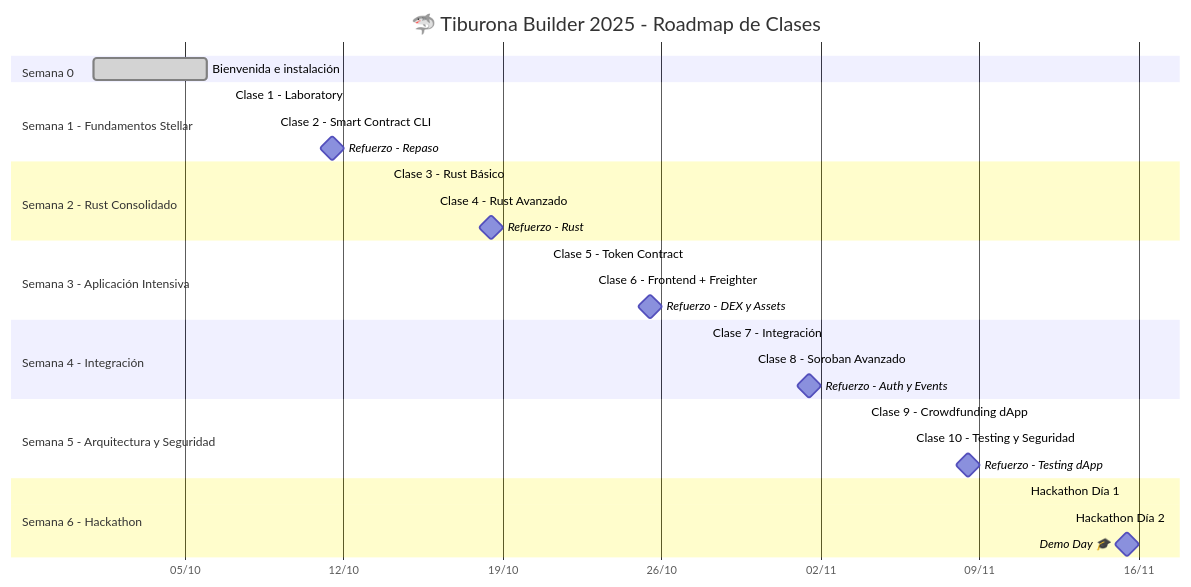
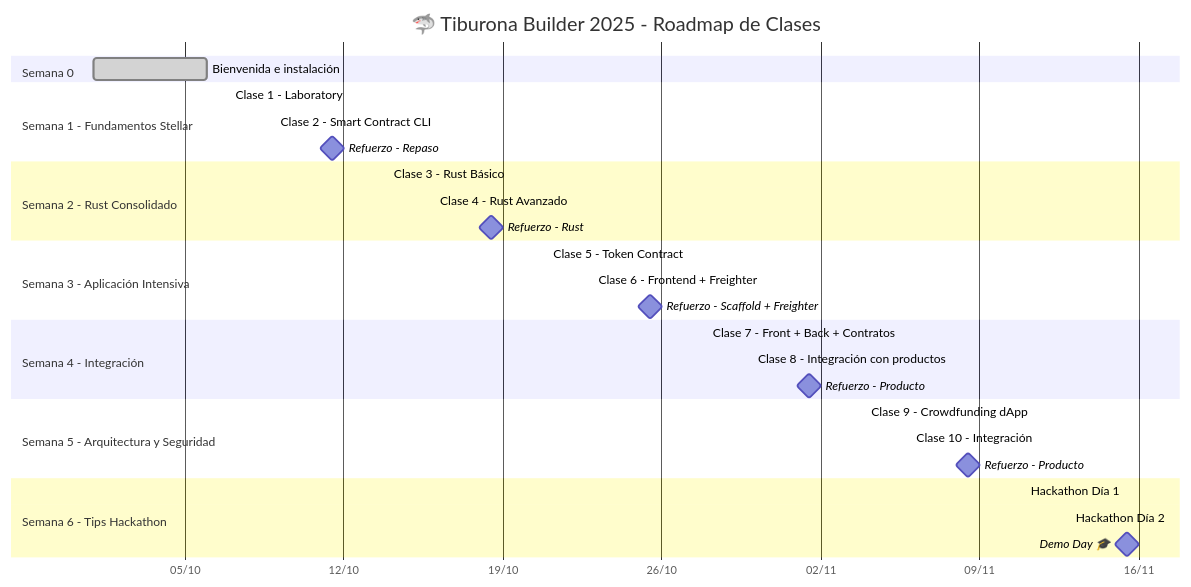
The diagram in README.md (BuenDia-Builders/codigofutura), drawn with Mermaid before and after one commit. The commit also changed other lines of this file, not shown here.

````diff
--- a/README.md
+++ b/README.md
@@ -50,39 +50,39 @@
 ```mermaid
 gantt
     dateFormat  DD-MM-YYYY
     title 🦈 Tiburona Builder 2025 - Roadmap de Clases
     axisFormat  %d/%m
 
     section Semana 0
     Bienvenida e instalación          :done, 01-10-2025, 06-10-2025
 
     section Semana 1 - Fundamentos Stellar
     Clase 1 - Laboratory              :active, 07-10-2025, 07-10-2025
     Clase 2 - Smart Contract CLI      :active, 09-10-2025, 09-10-2025
     Refuerzo - Repaso                 :milestone, 11-10-2025, 1d
 
     section Semana 2 - Rust Consolidado
     Clase 3 - Rust Básico             :14-10-2025, 14-10-2025
     Clase 4 - Rust Avanzado           :16-10-2025, 16-10-2025
     Refuerzo - Rust                   :milestone, 18-10-2025, 1d
 
     section Semana 3 - Aplicación Intensiva
     Clase 5 - Token Contract          :21-10-2025, 21-10-2025
     Clase 6 - Frontend + Freighter    :23-10-2025, 23-10-2025
-    Refuerzo - DEX y Assets           :milestone, 25-10-2025, 1d
+    Refuerzo - Scaffold + Freighter   :milestone, 25-10-2025, 1d
 
     section Semana 4 - Integración
-    Clase 7 - Integración             :28-10-2025, 28-10-2025
-    Clase 8 - Soroban Avanzado        :30-10-2025, 30-10-2025
-    Refuerzo - Auth y Events          :milestone, 01-11-2025, 1d
+    Clase 7 - Front + Back + Contratos:28-10-2025, 28-10-2025
+    Clase 8 - Integración con productos:30-10-2025, 30-10-2025
+    Refuerzo - Producto          :milestone, 01-11-2025, 1d
 
     section Semana 5 - Arquitectura y Seguridad
     Clase 9 - Crowdfunding dApp       :04-11-2025, 04-11-2025
-    Clase 10 - Testing y Seguridad    :06-11-2025, 06-11-2025
-    Refuerzo - Testing dApp           :milestone, 08-11-2025, 1d
+    Clase 10 - Integración    :06-11-2025, 06-11-2025
+    Refuerzo - Producto               :milestone, 08-11-2025, 1d
 
-    section Semana 6 - Hackathon
+    section Semana 6 - Tips Hackathon
     Hackathon Día 1                   :11-11-2025, 11-11-2025
     Hackathon Día 2                   :13-11-2025, 13-11-2025
     Demo Day 🎓                       :milestone, 15-11-2025, 1d
 ```
````
